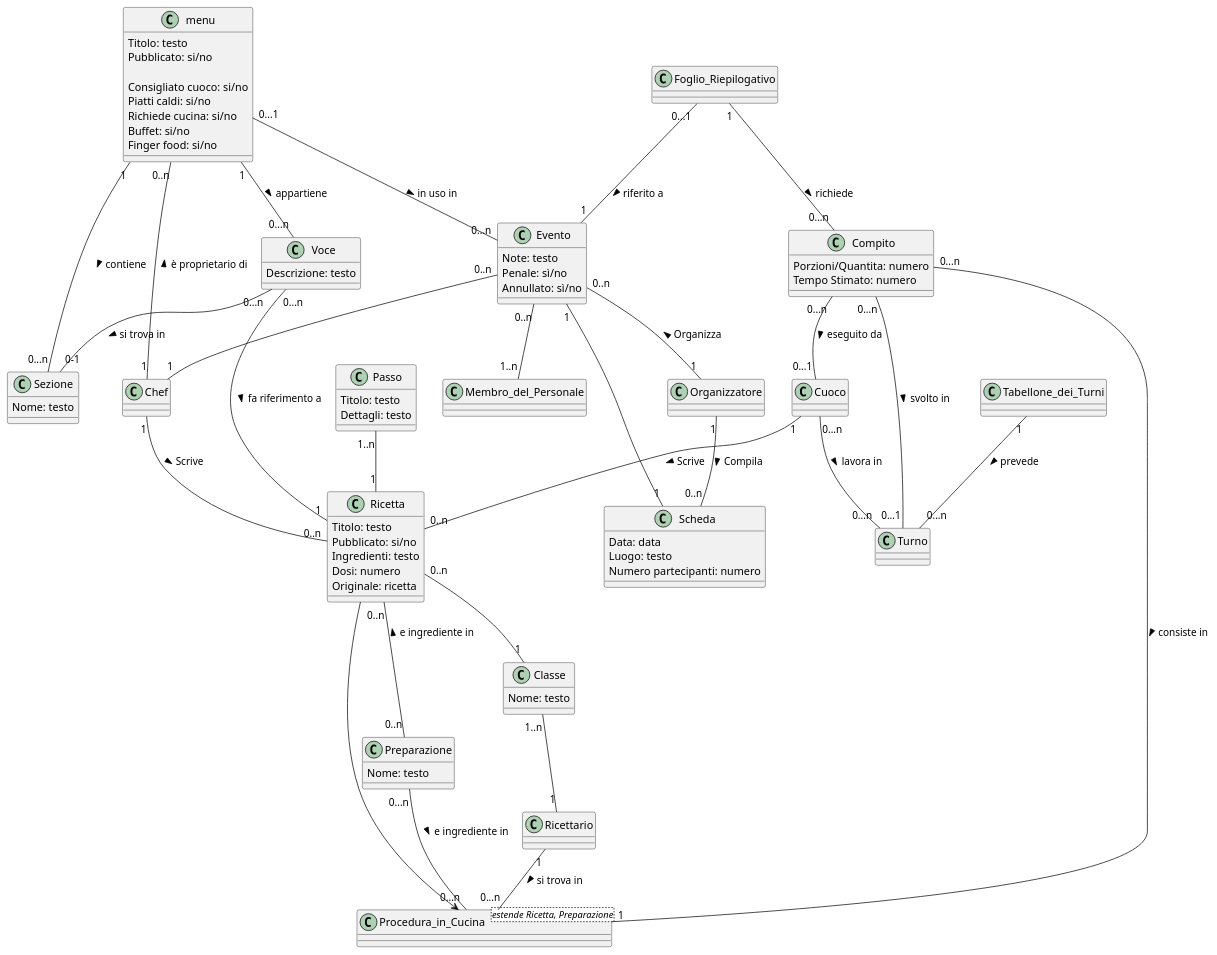
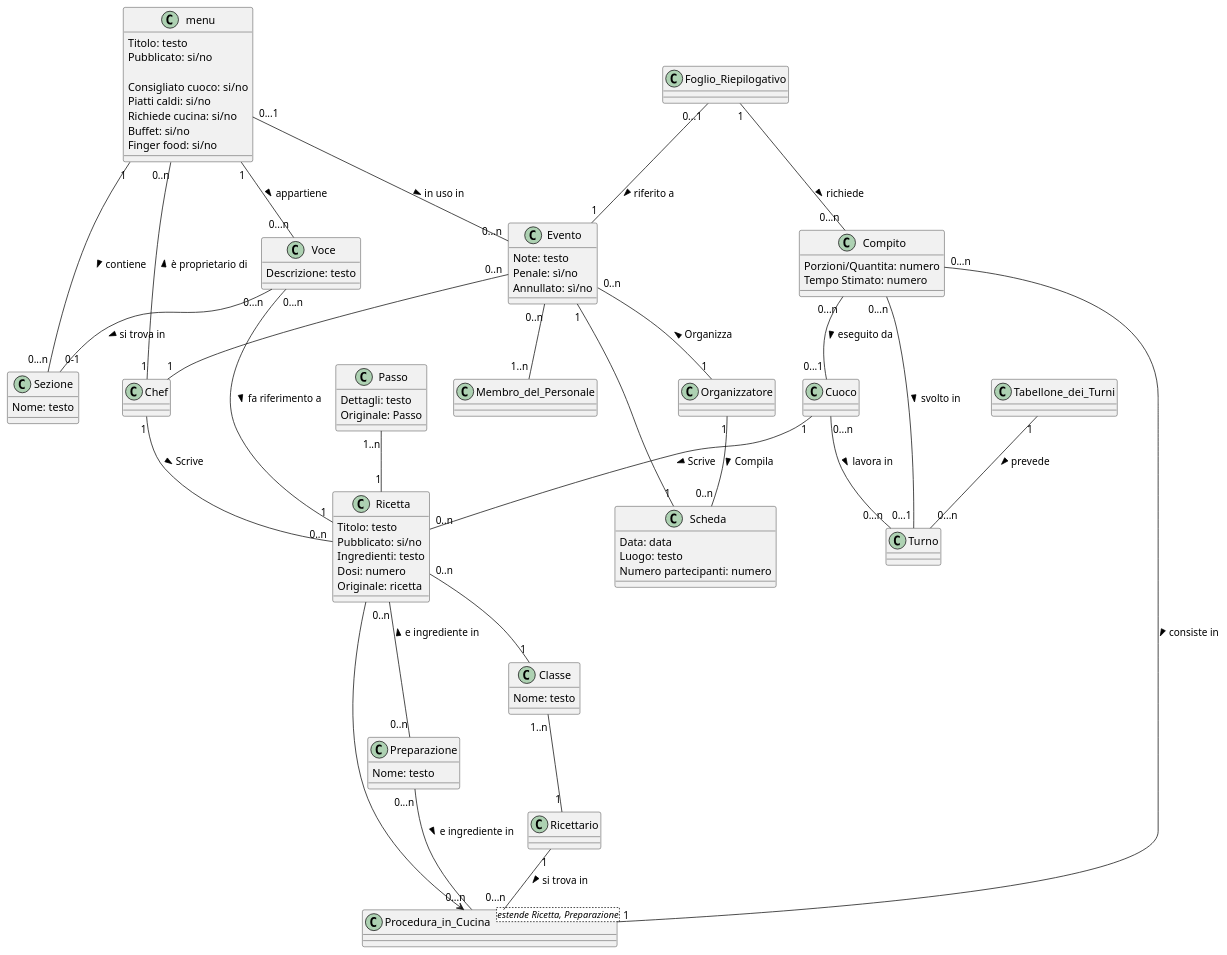
The diagram in mdd/modello-di-dominio.md (m0canu1/sas), drawn with PlantUML before and after one commit.

Commit message:
MDD fresh

```diff
--- a/mdd/modello-di-dominio.md
+++ b/mdd/modello-di-dominio.md
@@ -8,6 +8,7 @@
     Richiede cucina: si/no
     Buffet: si/no
     Finger food: si/no
+    
 }
 
 Class Sezione {
@@ -36,8 +37,9 @@
 }
 
 Class Passo {
-    Titolo: testo
     Dettagli: testo
+    Originale: Passo
+
 }
 
 Class Classe {
```
